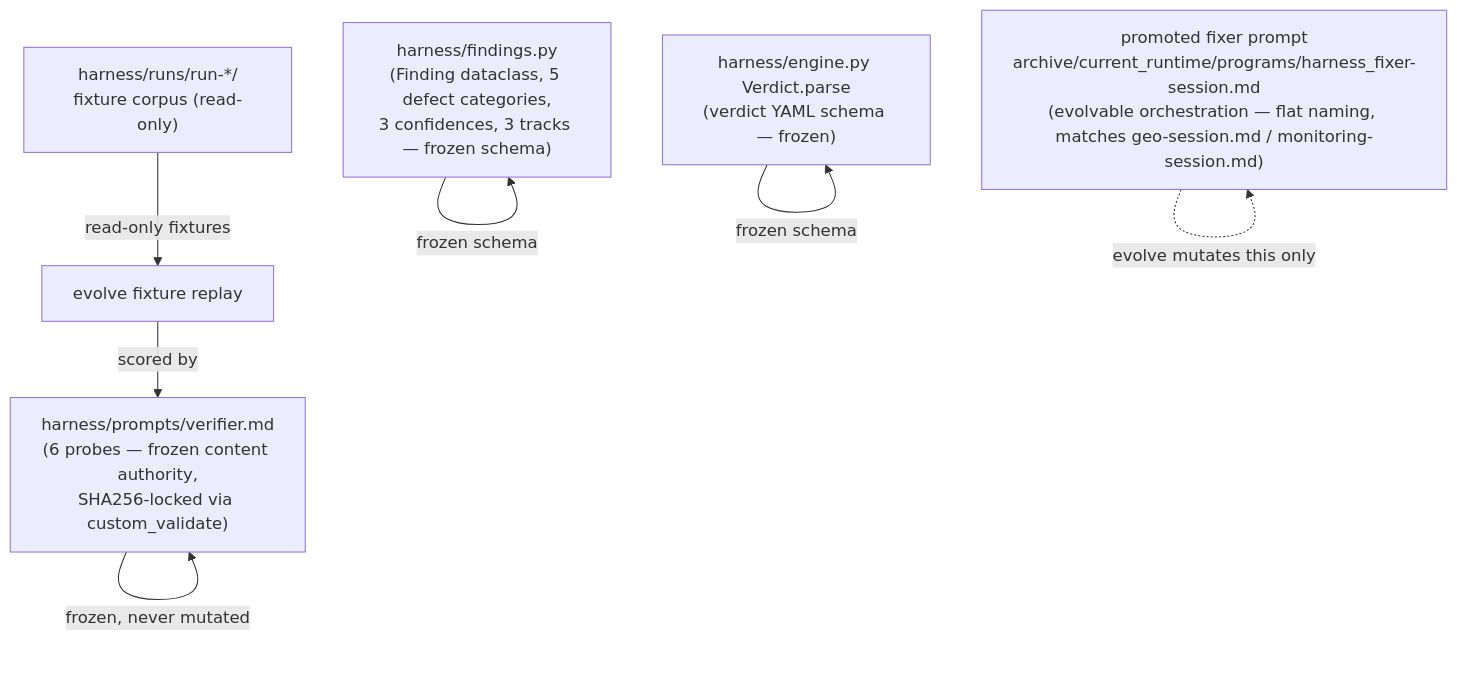
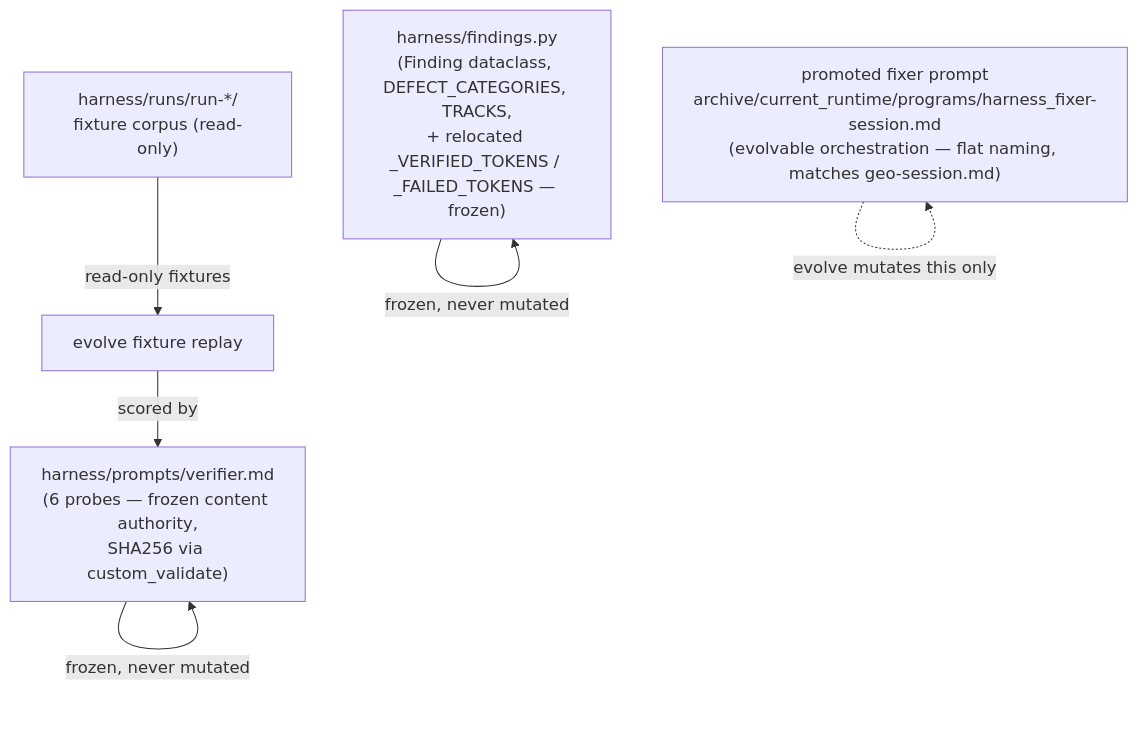
Before and after one commit to jryszardnoszczyk/gofreddy: the second of 2 diagrams in docs/brainstorms/2026-04-26-harness-fixer-autoresearch-fusion-requirements.md, drawn with Mermaid. The commit also changed other lines of this file, not shown here.

````diff
--- a/docs/brainstorms/2026-04-26-harness-fixer-autoresearch-fusion-requirements.md
+++ b/docs/brainstorms/2026-04-26-harness-fixer-autoresearch-fusion-requirements.md
@@ -42,14 +43,12 @@
 ```mermaid
 flowchart TB
-  C1["harness/prompts/verifier.md<br/>(6 probes — frozen content authority,<br/>SHA256-locked via custom_validate)"]
-  C2["harness/findings.py<br/>(Finding dataclass, 5 defect categories,<br/>3 confidences, 3 tracks — frozen schema)"]
-  C3["harness/engine.py Verdict.parse<br/>(verdict YAML schema — frozen)"]
+  C1["harness/prompts/verifier.md<br/>(6 probes — frozen content authority,<br/>SHA256 via custom_validate)"]
+  C2["harness/findings.py<br/>(Finding dataclass, DEFECT_CATEGORIES, TRACKS,<br/>+ relocated _VERIFIED_TOKENS / _FAILED_TOKENS — frozen)"]
   C4["harness/runs/run-*/<br/>fixture corpus (read-only)"]
-  P["promoted fixer prompt<br/>archive/current_runtime/programs/harness_fixer-session.md<br/>(evolvable orchestration — flat naming, matches geo-session.md / monitoring-session.md)"]
+  P["promoted fixer prompt<br/>archive/current_runtime/programs/harness_fixer-session.md<br/>(evolvable orchestration — flat naming, matches geo-session.md)"]
   C1 -- frozen, never mutated --> C1
-  C2 -- frozen schema --> C2
-  C3 -- frozen schema --> C3
+  C2 -- frozen, never mutated --> C2
   C4 -- read-only fixtures --> R[evolve fixture replay]
   P -. evolve mutates this only .-> P
   R -- scored by --> C1
 ```
````
